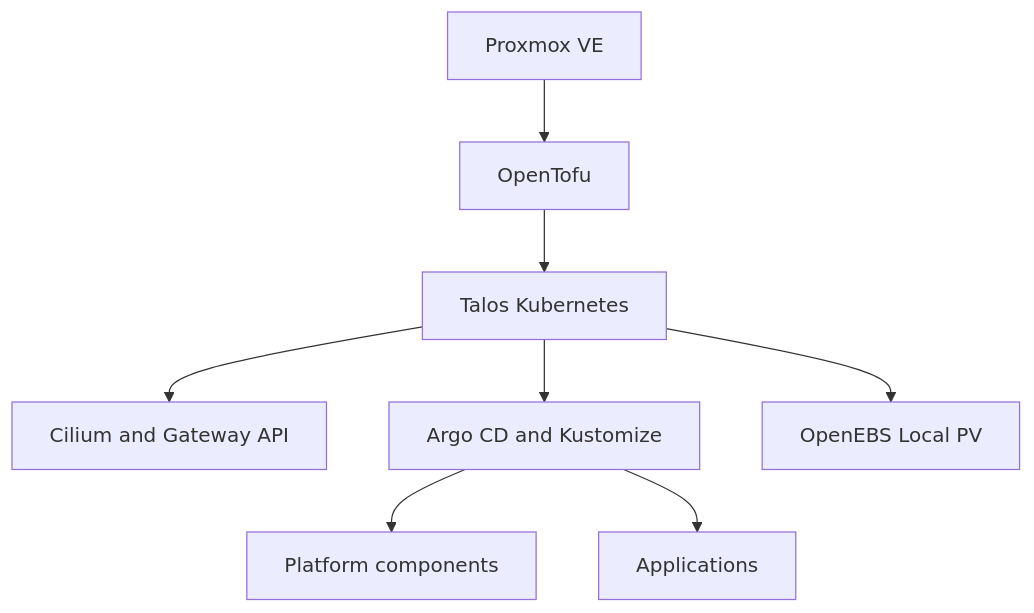
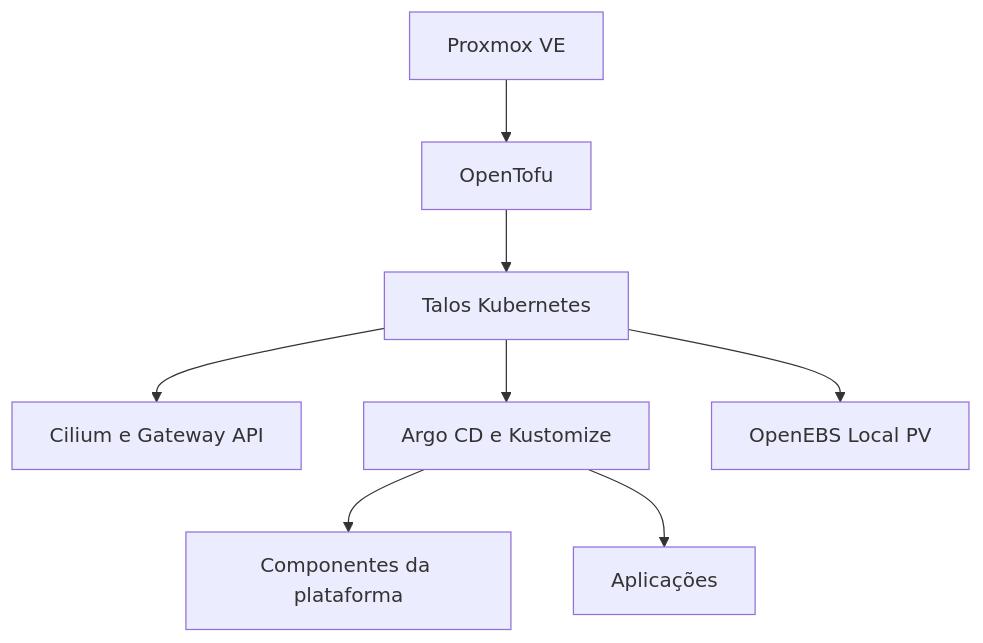
One commit to HermannMarinho/homelab-kubernetes changed the diagram in README.md. Above: the diagram before and after it, drawn with Mermaid. The commit also changed other lines of this file, not shown here.

````diff
--- a/README.md
+++ b/README.md
@@ -13,10 +17,10 @@
 ```mermaid
 flowchart TD
     P[Proxmox VE] --> T[OpenTofu]
     T --> K[Talos Kubernetes]
-    K --> C[Cilium and Gateway API]
-    K --> A[Argo CD and Kustomize]
+    K --> C[Cilium e Gateway API]
+    K --> A[Argo CD e Kustomize]
     K --> S[OpenEBS Local PV]
-    A --> I[Platform components]
-    A --> W[Applications]
+    A --> I[Componentes da plataforma]
+    A --> W[Aplicações]
 ```
````
